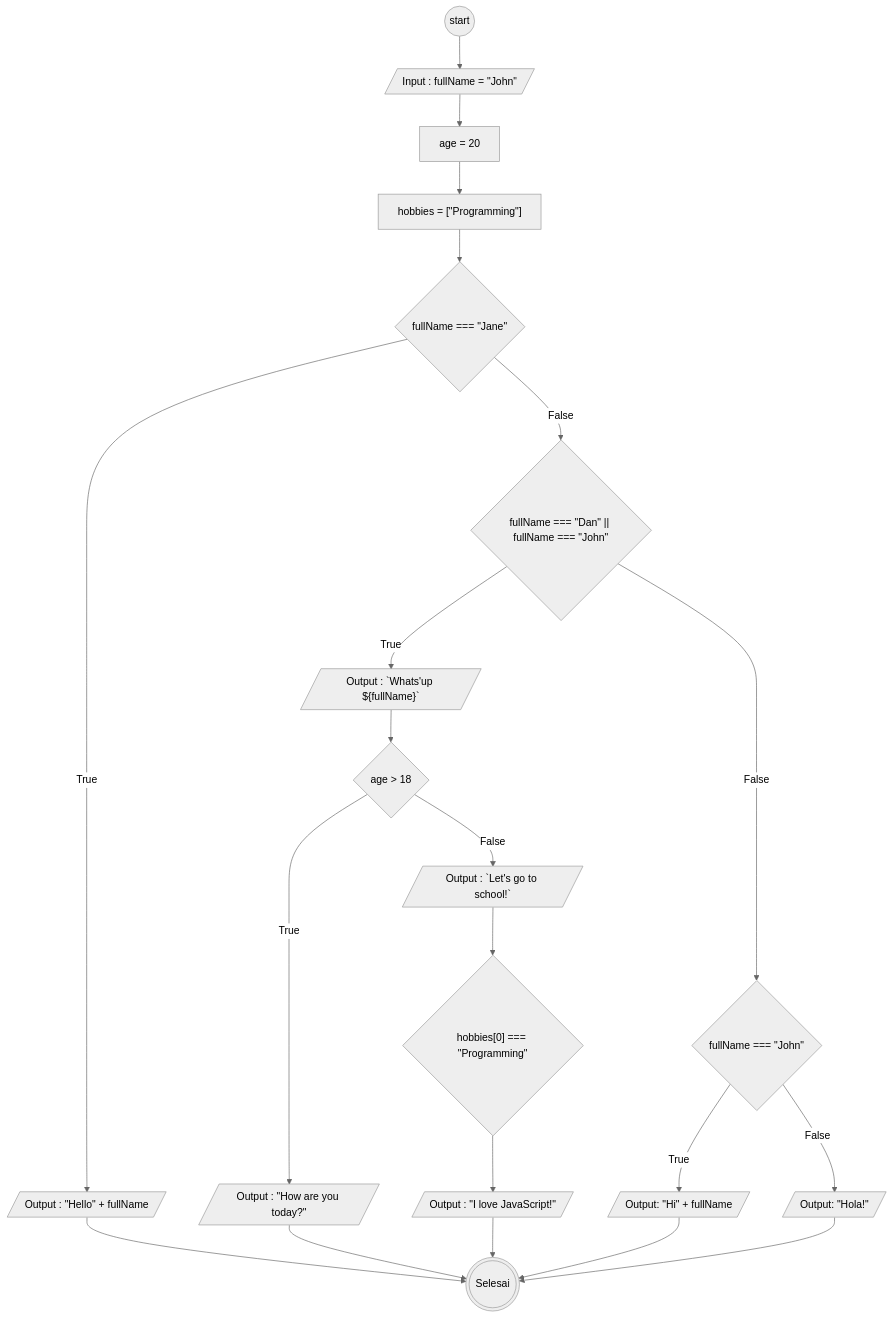
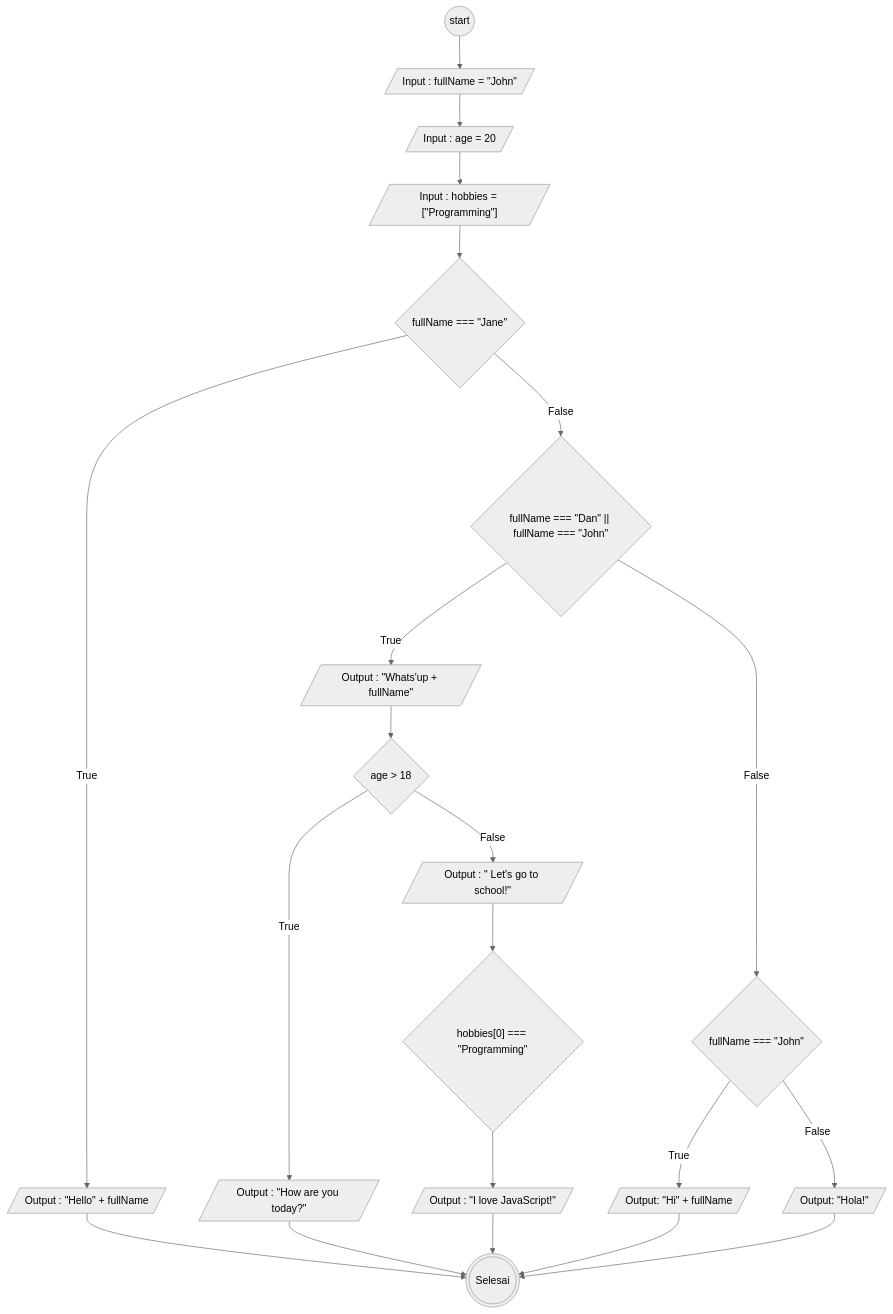
The diagram in task3.md (adityabastyas/koda-b6-javascript1), drawn with Mermaid (neutral theme) before and after one commit.

Commit message:
Revise flowchart inputs and outputs formatting

````diff
--- a/task3.md
+++ b/task3.md
@@ -5,38 +5,40 @@
 ```mermaid
 flowchart TD
   A@{shape: circle, label: "start"}
   B@{shape: lean-r, label: 'Input : fullName = "John"'}
-  C@{shape: rect, label: 'age = 20'}
-  D@{shape: rect, label: 'hobbies = ["Programming"]'}
+  C@{shape: lean-r, label: 'Input : age = 20'}
+  D@{shape: lean-r, label: 'Input : hobbies = ["Programming"]'}
   E@{shape: diamond, label : 'fullName === "Jane"'}
   F@{shape: lean-r, label : 'Output : "Hello" + fullName'}
   G@{shape: diamond, label: 'fullName === "Dan" || fullName === "John"'}
-  H@{shape: lean-r, label: "Output : `Whats'up ${fullName}`"}
+
+  H@{shape: lean-r, label: "Output : #quot;Whats'up + fullName#quot;"}
+
   I@{shape: diamond, label: 'age > 18'}
   J@{shape: lean-r, label: 'Output : "How are you today?"'}
-  K@{shape: lean-r, label: "Output : `Let's go to school!`"}
+  K@{shape: lean-r, label: "Output : #quot; Let's go to school!#quot;"}
   L@{shape: diamond, label: 'hobbies[0] === "Programming"'}
   M@{shape: lean-r, label: 'Output : "I love JavaScript!"'}
   N@{shape: diamond, label: 'fullName === "John"'}
   O@{shape: lean-r, label: 'Output: "Hi" + fullName'}
   P@{shape: lean-r, label: 'Output: "Hola!"'}
   Q@{shape: dbl-circ, label: "Selesai"}
 
 
   A --> B
   B --> C
   C --> D
   D --> E
   E --True--> F --> Q
   E --False--> G
   G --True--> H
   H --> I
   I --True--> J --> Q
   I --False--> K
   K --> L
   L --> M --> Q
   G --False--> N
   N --True--> O --> Q
   N --False--> P --> Q
 
 ```
````
